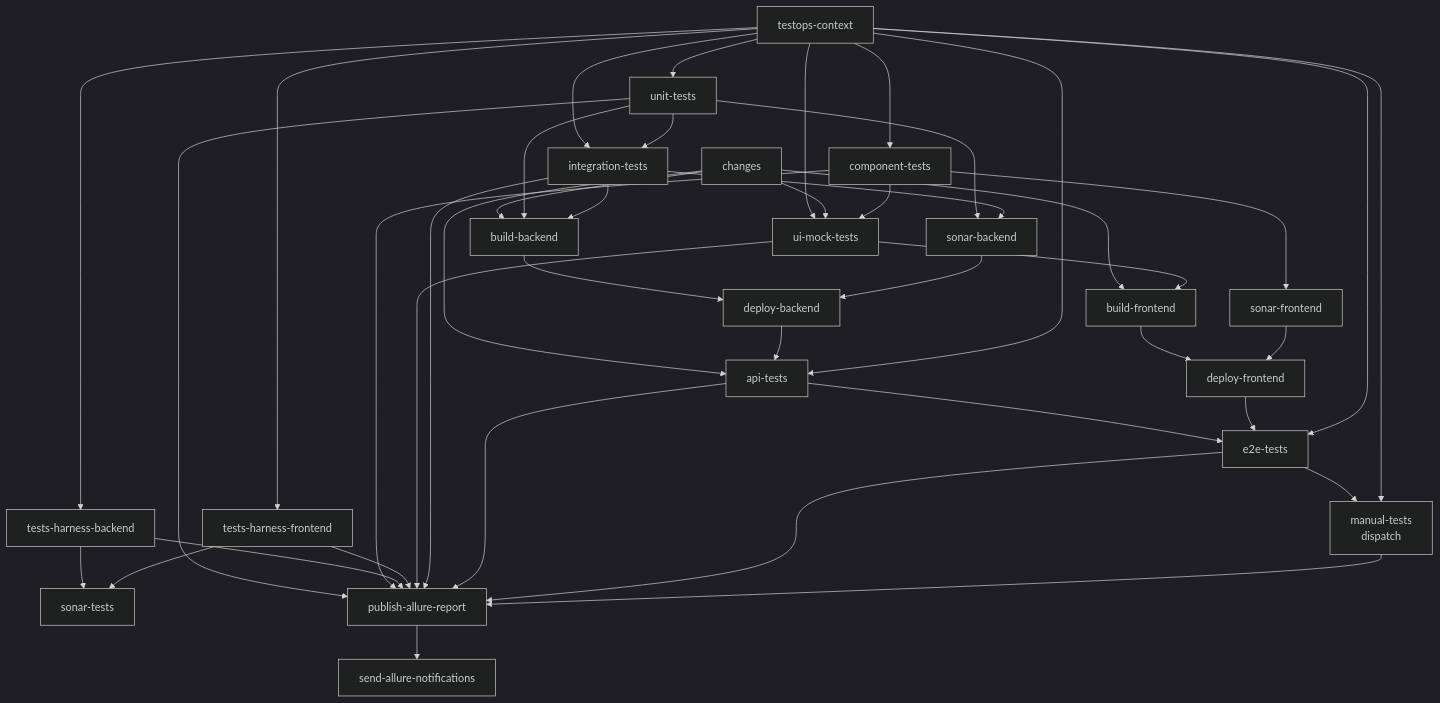
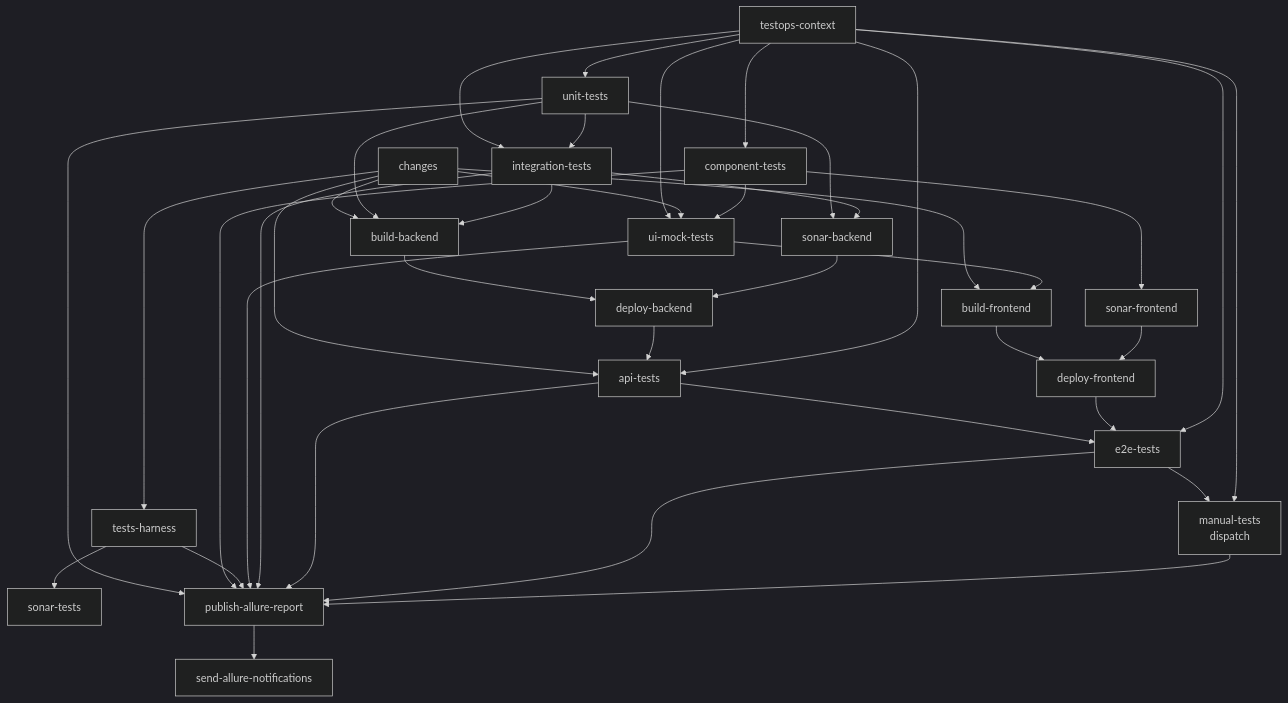
One commit to autotests-ai/autotests-ai-multistack-app changed the diagram in README.md. Above: the diagram before and after it, drawn with Mermaid (dark theme). The commit also changed other lines of this file and 6 other files, not shown here.

First line of the commit message:
ci: collapse harness into one job with a backend-only slice

````diff
--- a/README.md
+++ b/README.md
@@ -77,48 +77,46 @@
 ```mermaid
 flowchart TB
   TOC[testops-context]
   CH[changes]
 
   TOC --> UNIT[unit-tests]
   TOC --> COMP[component-tests]
-  TOC --> HB[tests-harness-backend]
-  TOC --> HF[tests-harness-frontend]
+  CH --> H[tests-harness]
   TOC --> MOCK[ui-mock-tests]
   TOC --> INT[integration-tests]
 
   CH --> MOCK
   CH --> BB
   CH --> BF
   CH --> API
 
   UNIT --> INT
   UNIT --> SB[sonar-backend]
   INT --> SB
   COMP --> SF[sonar-frontend]
   COMP --> MOCK
-  HB --> ST[sonar-tests]
-  HF --> ST
+  H --> ST[sonar-tests]
 
   UNIT --> BB[build-backend]
   INT --> BB
   MOCK --> BF[build-frontend]
 
   BB --> DB[deploy-backend]
   SB --> DB
 
   BF --> DF[deploy-frontend]
   SF --> DF
 
   DB --> API[api-tests]
   TOC --> API
 
   API --> E2E[e2e-tests]
   DF --> E2E
   TOC --> E2E
 
   E2E --> MAN[manual-tests<br/>dispatch]
   TOC --> MAN
 
-  UNIT & COMP & HB & HF & MOCK & INT & API & E2E & MAN --> PUB[publish-allure-report]
+  UNIT & COMP & H & MOCK & INT & API & E2E & MAN --> PUB[publish-allure-report]
   PUB --> NTF[send-allure-notifications]
 ```
````
